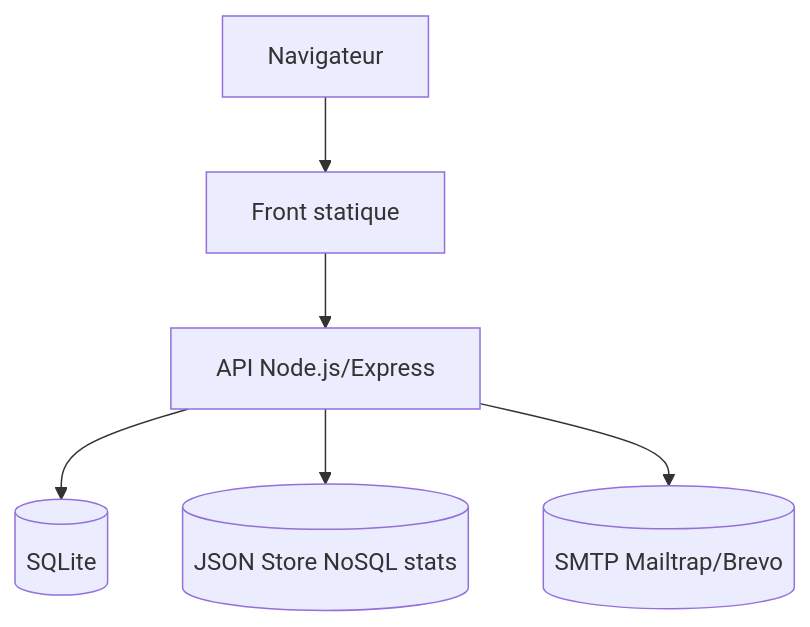
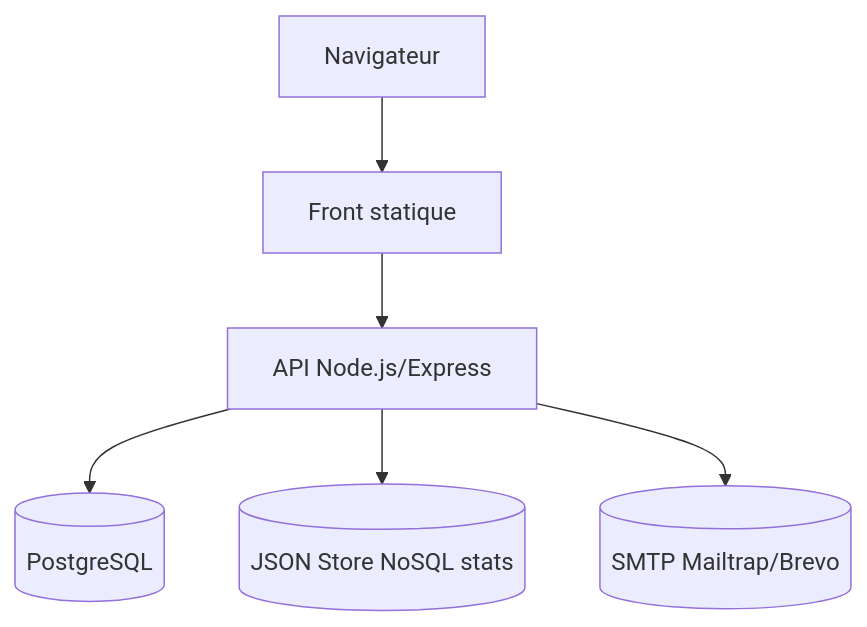
The fourth of 4 diagrams in docs/livrables/diagrammes-uml.md (21Lylian/VITE-GOURMAND), drawn with Mermaid before and after one commit. The commit also changed 43 other files, not shown here.

Commit message:
Add PostgreSQL architecture and deployment config

````diff
--- a/docs/livrables/diagrammes-uml.md
+++ b/docs/livrables/diagrammes-uml.md
@@ -86,8 +86,8 @@
 ```mermaid
 flowchart TB
   Browser[Navigateur] --> Front[Front statique]
   Front --> API[API Node.js/Express]
-  API --> SQL[(SQLite)]
+  API --> SQL[(PostgreSQL)]
   API --> NOSQL[(JSON Store NoSQL stats)]
   API --> SMTP[(SMTP Mailtrap/Brevo)]
 ```
````
